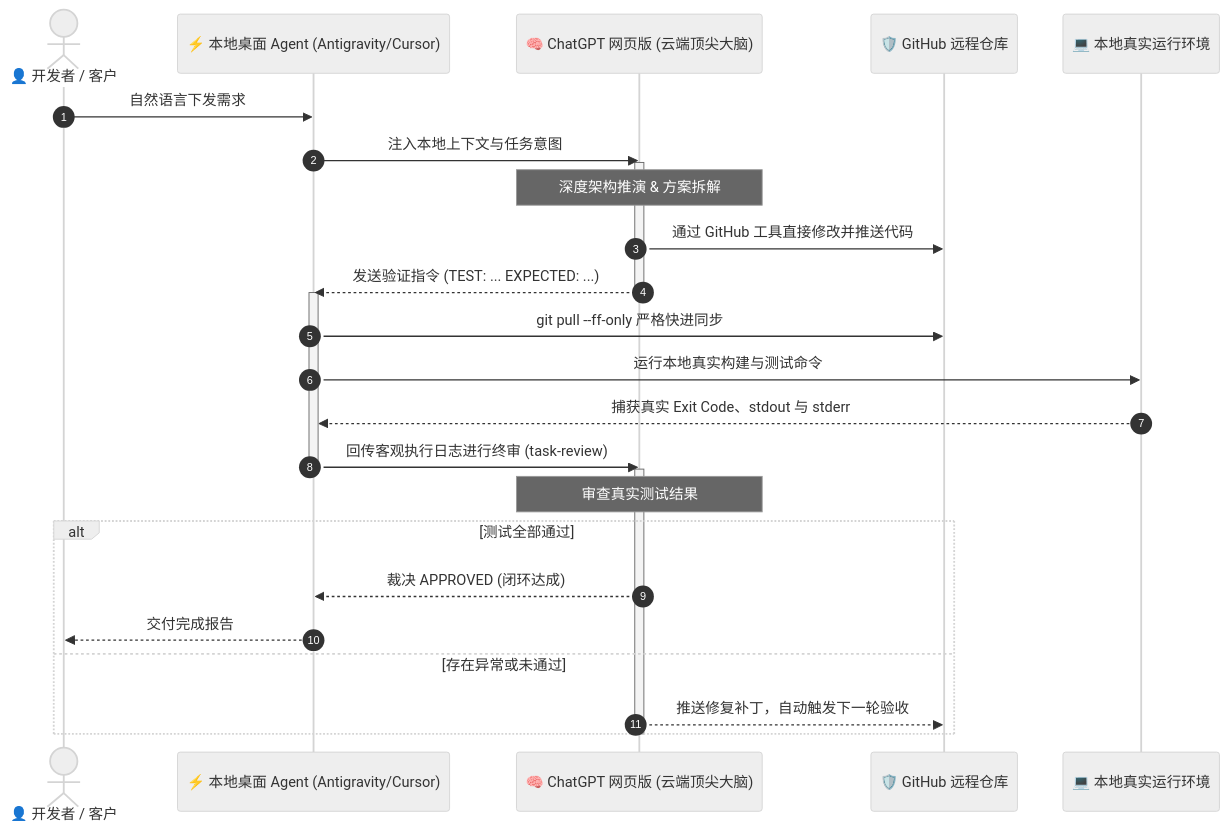
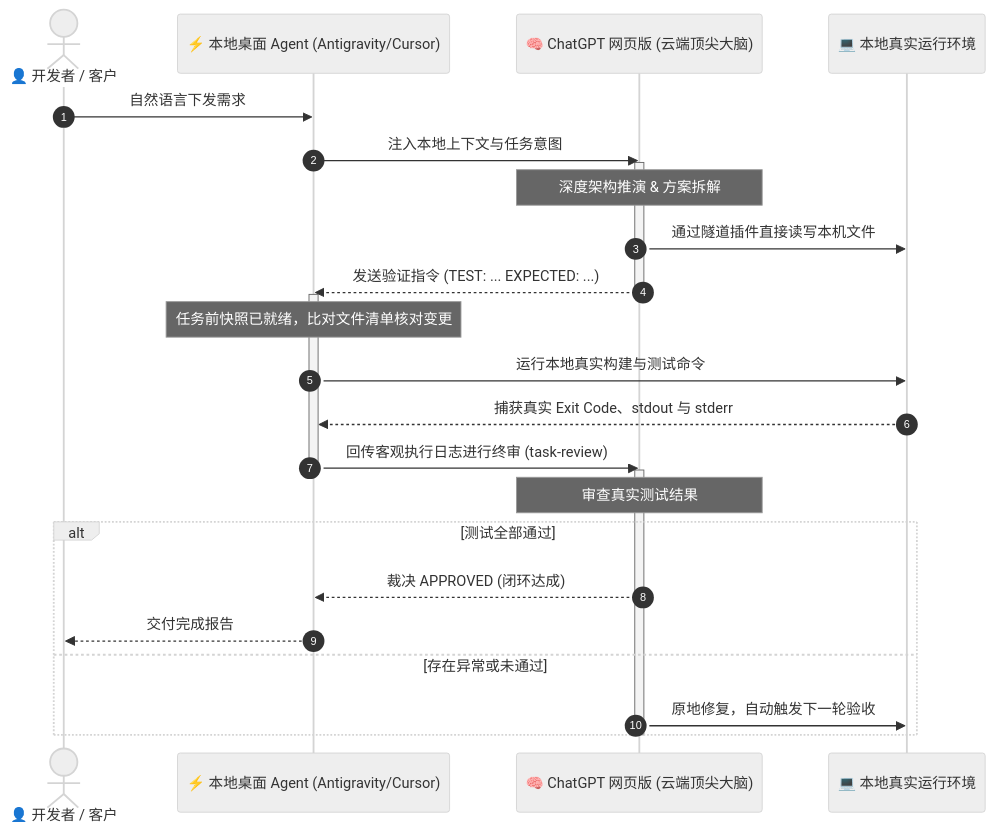
Before and after one commit to yvochehk-oss/Antigravity2gptweb: the diagram in README.md, drawn with Mermaid (neutral theme). The commit also changed other lines of this file and 3 other files, not shown here.

Commit message:
refactor: local-only mode — remove GitHub flow, snapshot+manifest verification, restore subcommand

````diff
--- a/README.md
+++ b/README.md
@@ -101,32 +101,31 @@
 ```mermaid
 sequenceDiagram
     autonumber
     actor User as 👤 开发者 / 客户
     participant LocalAgent as ⚡ 本地桌面 Agent (Antigravity/Cursor)
     participant GPTWeb as 🧠 ChatGPT 网页版 (云端顶尖大脑)
-    participant GH as 🛡️ GitHub 远程仓库
     participant LocalEnv as 💻 本地真实运行环境
 
     User->>LocalAgent: 自然语言下发需求
     LocalAgent->>GPTWeb: 注入本地上下文与任务意图
     activate GPTWeb
     Note over GPTWeb: 深度架构推演 & 方案拆解
-    GPTWeb->>GH: 通过 GitHub 工具直接修改并推送代码
+    GPTWeb->>LocalEnv: 通过隧道插件直接读写本机文件
     GPTWeb-->>LocalAgent: 发送验证指令 (TEST: ... EXPECTED: ...)
     deactivate GPTWeb
     activate LocalAgent
-    LocalAgent->>GH: git pull --ff-only 严格快进同步
+    Note over LocalAgent: 任务前快照已就绪，比对文件清单核对变更
     LocalAgent->>LocalEnv: 运行本地真实构建与测试命令
     LocalEnv-->>LocalAgent: 捕获真实 Exit Code、stdout 与 stderr
     LocalAgent->>GPTWeb: 回传客观执行日志进行终审 (task-review)
     deactivate LocalAgent
     activate GPTWeb
     Note over GPTWeb: 审查真实测试结果
     alt 测试全部通过
         GPTWeb-->>LocalAgent: 裁决 APPROVED (闭环达成)
         LocalAgent-->>User: 交付完成报告
     else 存在异常或未通过
-        GPTWeb-->>GH: 推送修复补丁，自动触发下一轮验收
+        GPTWeb->>LocalEnv: 原地修复，自动触发下一轮验收
     end
     deactivate GPTWeb
 ```
````
